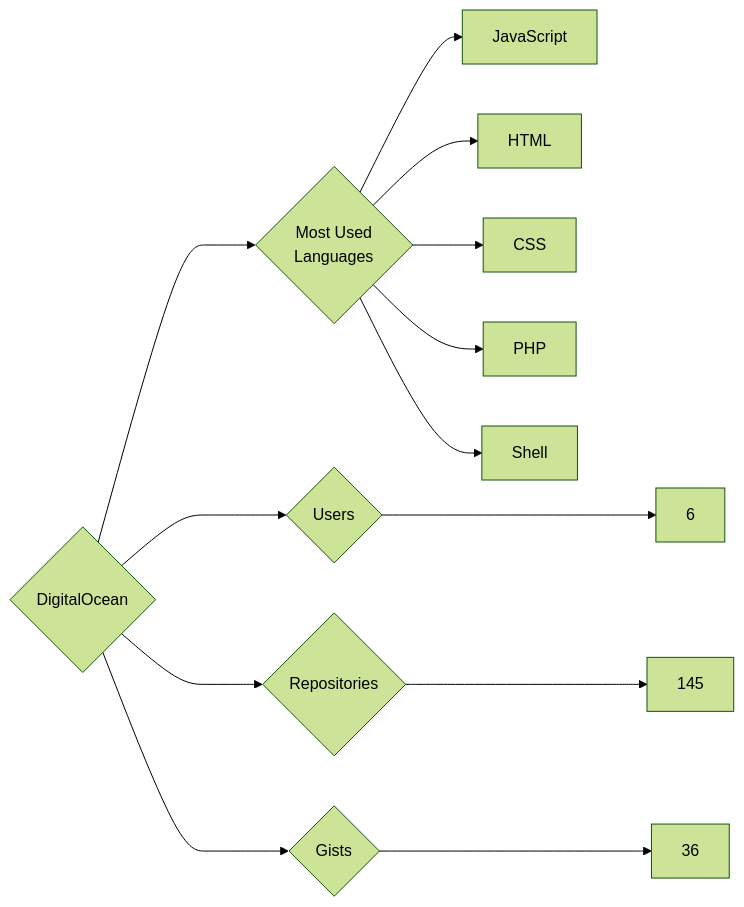
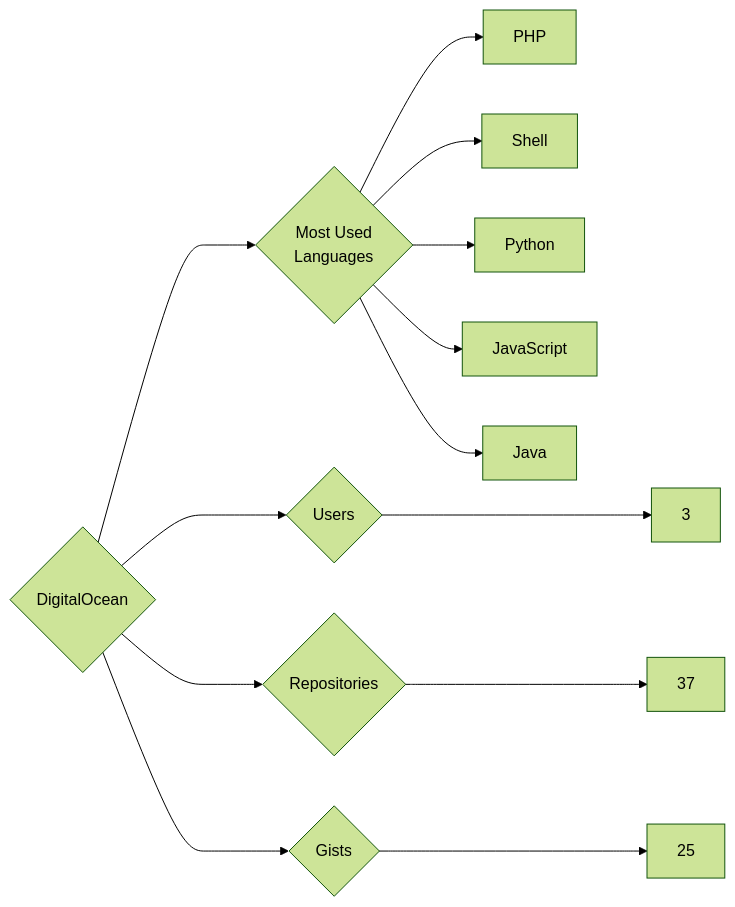
The diagram in targets/DigitalOcean/README.md (trickest/insiders), drawn with Mermaid (forest theme) before and after one commit. The commit also changed 1166 other files, not shown here.

````diff
--- a/targets/DigitalOcean/README.md
+++ b/targets/DigitalOcean/README.md
@@ -3,13 +3,13 @@
 ```mermaid
 graph LR
 COMPANY_NAME{DigitalOcean}
-COMPANY_NAME ---> U{Users} ---> UN[6]
-COMPANY_NAME ---> R{Repositories} ---> RN[145]
-COMPANY_NAME ---> G{Gists} ---> GN[36]
+COMPANY_NAME ---> U{Users} ---> UN[3]
+COMPANY_NAME ---> R{Repositories} ---> RN[37]
+COMPANY_NAME ---> G{Gists} ---> GN[25]
 COMPANY_NAME ---> ML{Most Used<br>Languages}
-ML --> JavaScript[JavaScript]
-ML --> HTML[HTML]
-ML --> CSS[CSS]
 ML --> PHP[PHP]
 ML --> Shell[Shell]
+ML --> Python[Python]
+ML --> JavaScript[JavaScript]
+ML --> Java[Java]
 ```
````
